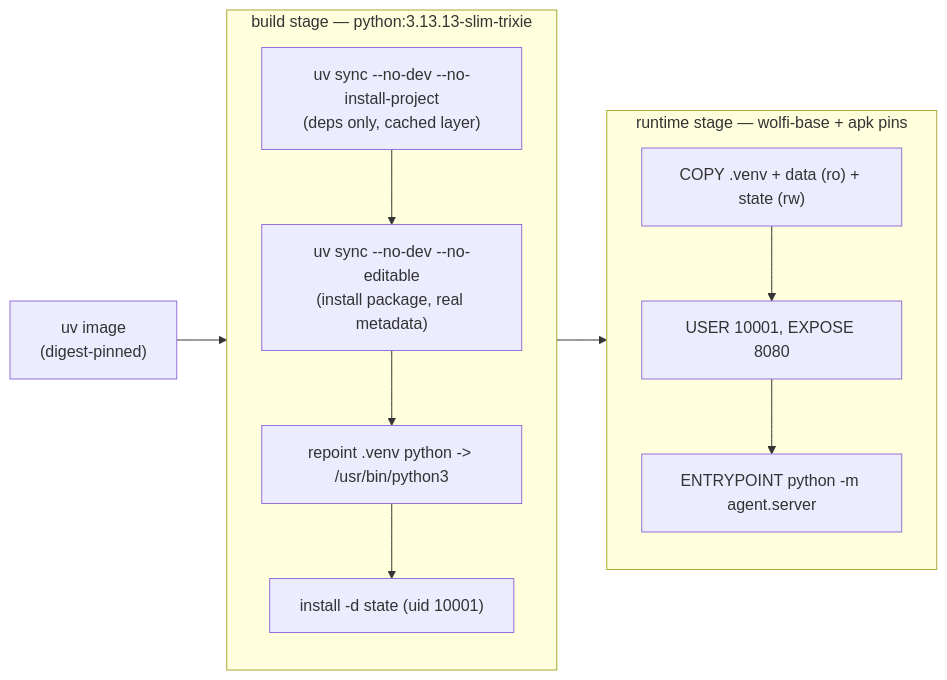
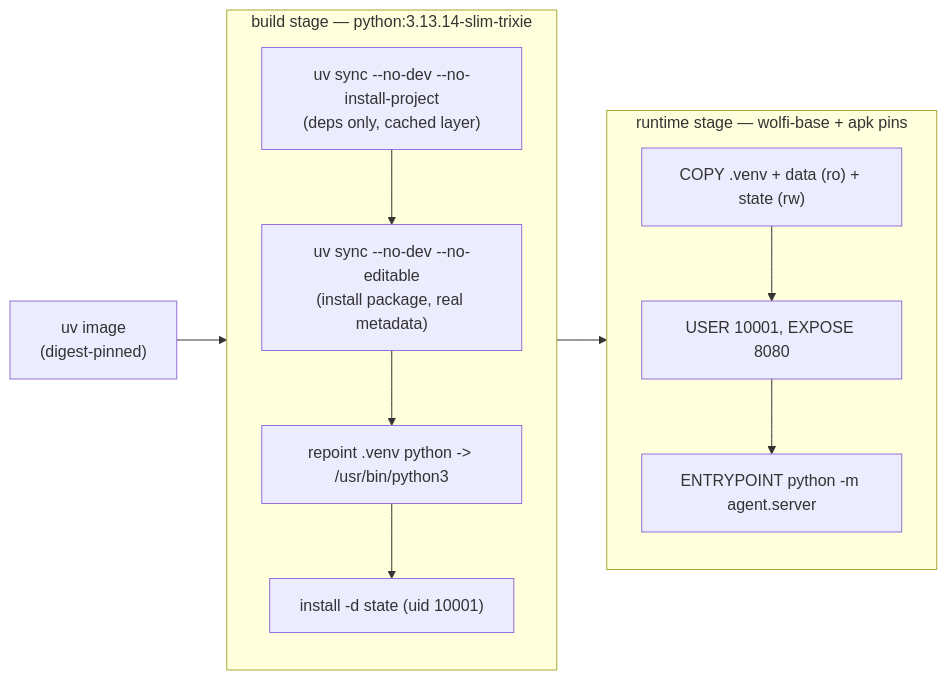
The second of 2 diagrams in docs/3. Capabilities/3.0. Packaging.md (LuiGGi629/agentops-open-course), drawn with Mermaid before and after one commit. The commit also changed other lines of this file and 5 other files, not shown here.

````diff
--- a/docs/3. Capabilities/3.0. Packaging.md
+++ b/docs/3. Capabilities/3.0. Packaging.md
@@ -176,18 +176,18 @@
 ```mermaid
 flowchart LR
     U["uv image<br/>(digest-pinned)"] --> B
-    subgraph B["build stage — python:3.13.13-slim-trixie"]
+    subgraph B["build stage — python:3.13.14-slim-trixie"]
         B1["uv sync --no-dev --no-install-project<br/>(deps only, cached layer)"]
         B2["uv sync --no-dev --no-editable<br/>(install package, real metadata)"]
         B3["repoint .venv python -> /usr/bin/python3"]
         B4["install -d state (uid 10001)"]
         B1 --> B2 --> B3 --> B4
     end
     B --> R
     subgraph R["runtime stage — wolfi-base + apk pins"]
         R1["COPY .venv + data (ro) + state (rw)"]
         R2["USER 10001, EXPOSE 8080"]
         R3["ENTRYPOINT python -m agent.server"]
         R1 --> R2 --> R3
     end
 ```
````
